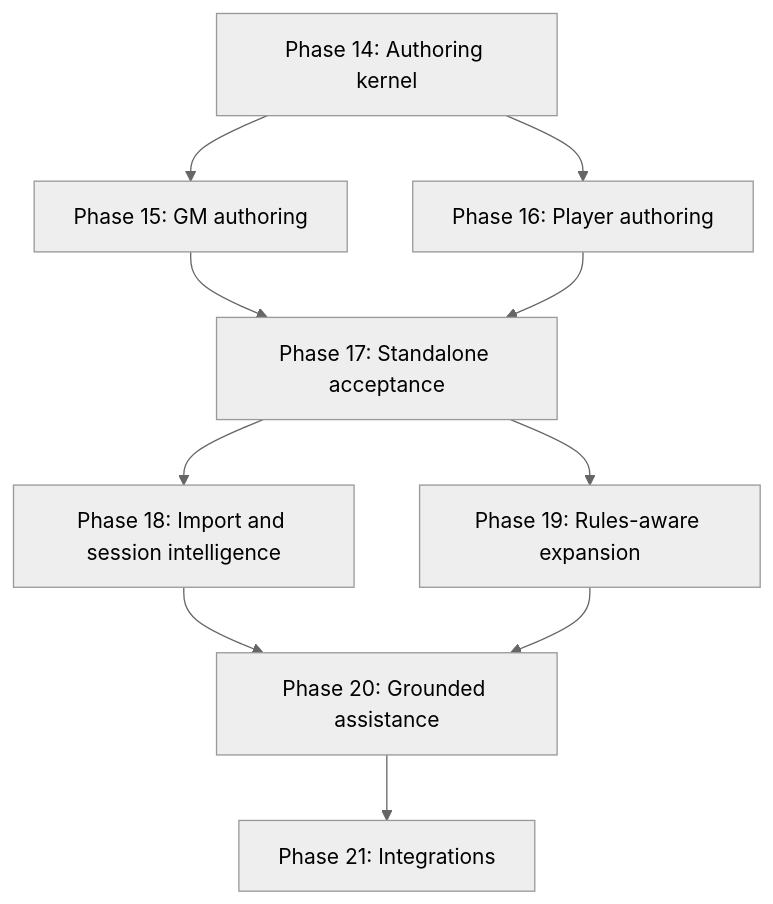
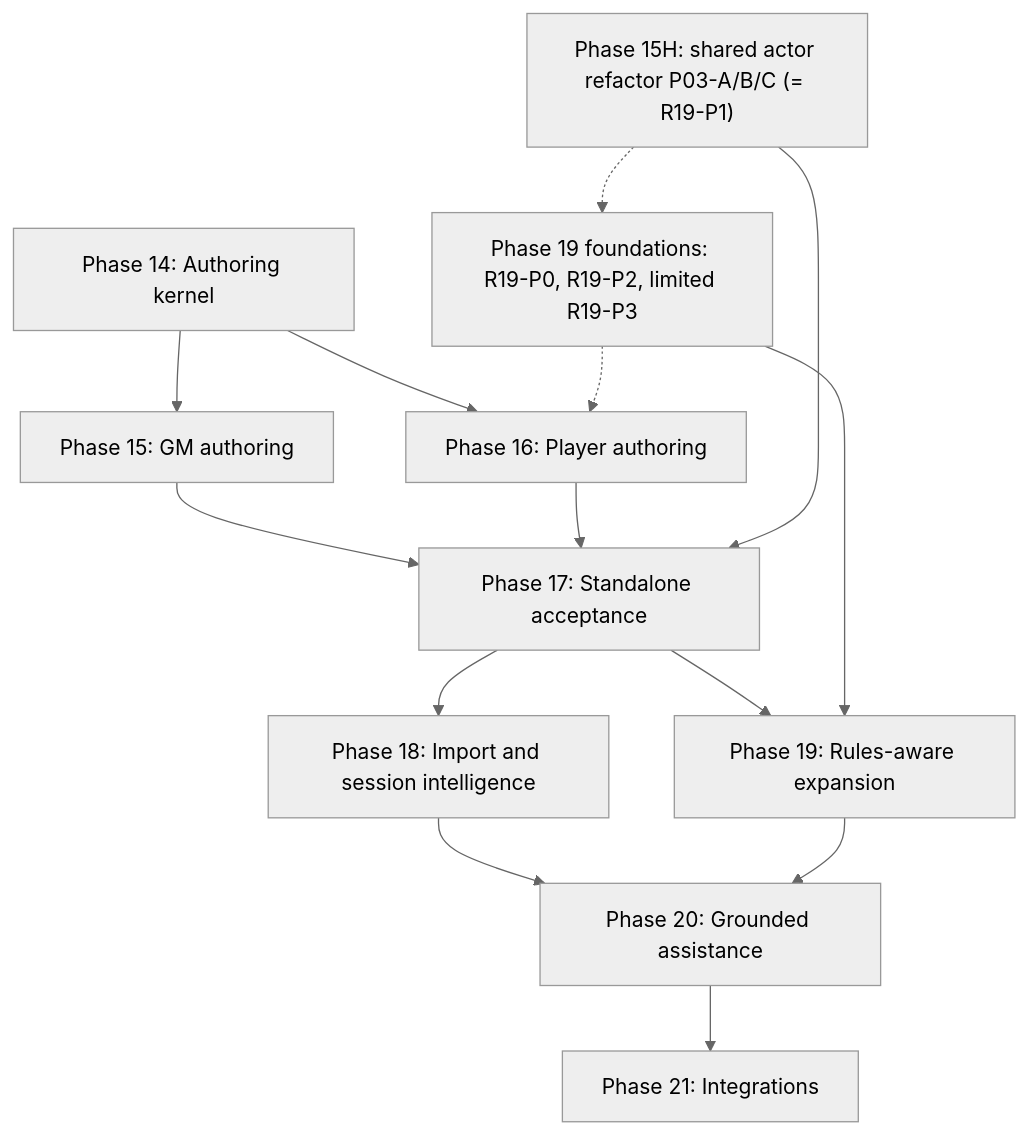
One commit to NemesisGhost/dnd_ai changed the diagram in docs/PLANv2.md. Above: the diagram before and after it, drawn with Mermaid (neutral theme). The commit also changed other lines of this file, not shown here.

First line of the commit message:
docs: align Phase 19 foundations with shared actor refactor

````diff
--- a/docs/PLANv2.md
+++ b/docs/PLANv2.md
@@ -180,12 +181,16 @@
 ```mermaid
 flowchart TD
     A["Phase 14: Authoring kernel"] --> B["Phase 15: GM authoring"]
     A --> C["Phase 16: Player authoring"]
     B --> D["Phase 17: Standalone acceptance"]
     C --> D
     D --> E["Phase 18: Import and session intelligence"]
     D --> F["Phase 19: Rules-aware expansion"]
     E --> G["Phase 20: Grounded assistance"]
     F --> G
     G --> H["Phase 21: Integrations"]
+    B15H["Phase 15H: shared actor refactor P03-A/B/C (= R19-P1)"] -.-> F0
+    F0["Phase 19 foundations: R19-P0, R19-P2, limited R19-P3"] -.-> C
+    F0 --> F
+    B15H --> D
 ```
````
